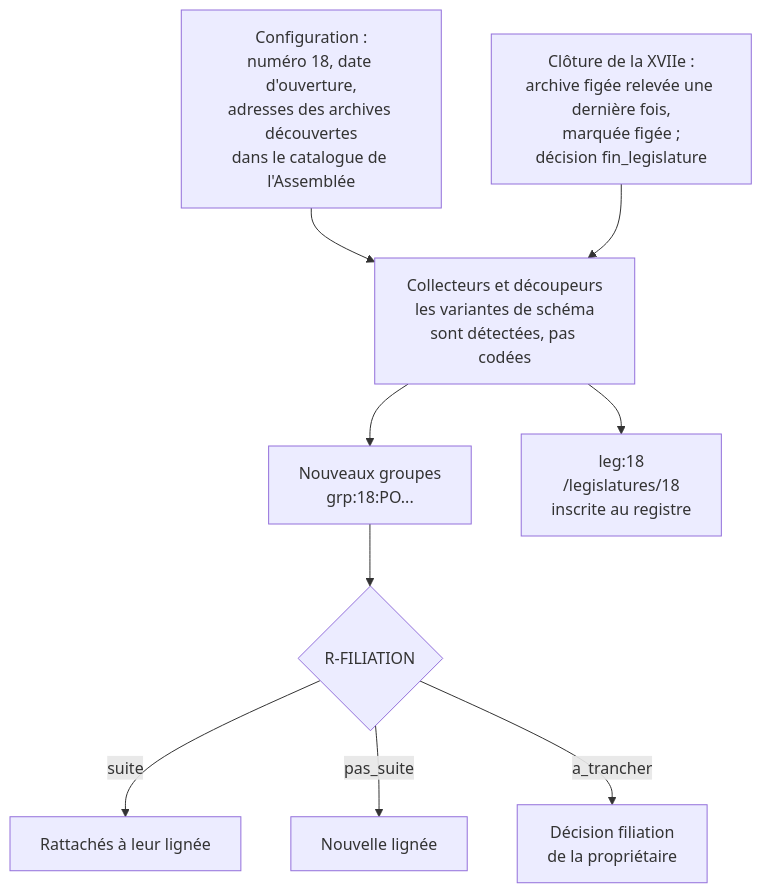
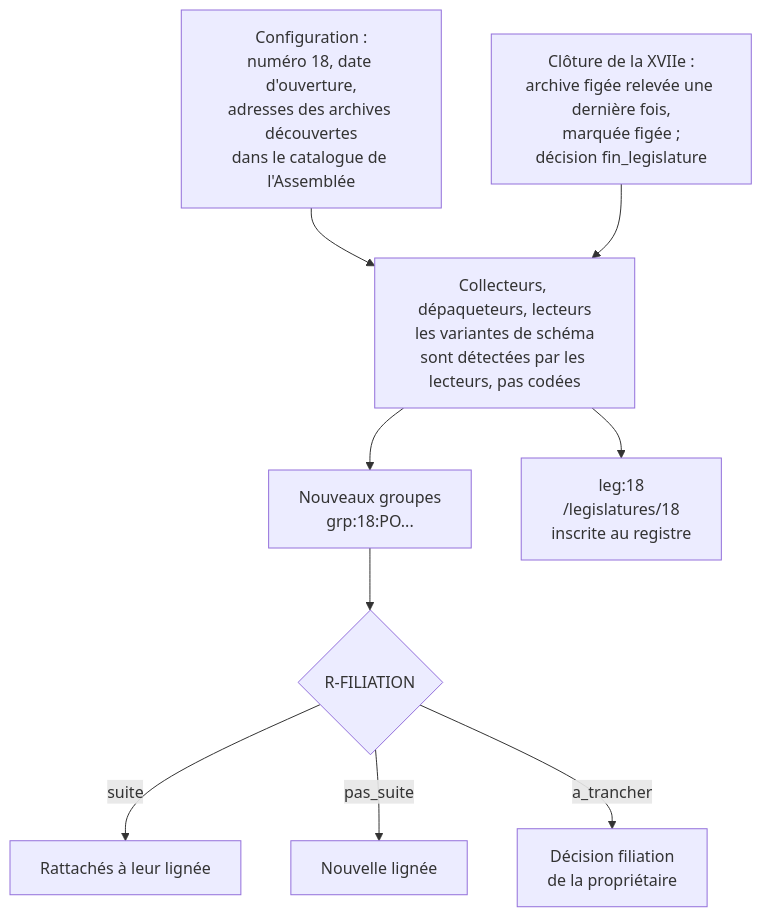
Diagram 19 of 19 in livrables/1-modele-de-donnees.md (stephieED/Empreinte-politique-new-pipeline-test), drawn with Mermaid before and after one commit. The commit also changed other lines of this file and 8 other files, not shown here.

First line of the commit message:
Livrables alignés sur le code : les six écarts des illustrations (#104)

````diff
--- a/livrables/1-modele-de-donnees.md
+++ b/livrables/1-modele-de-donnees.md
@@ -1466,11 +1480,11 @@
 ```mermaid
 flowchart TB
-    CFG["Configuration :<br/>numéro 18, date d'ouverture,<br/>adresses des archives découvertes<br/>dans le catalogue de l'Assemblée"] --> COL["Collecteurs et découpeurs<br/>les variantes de schéma<br/>sont détectées, pas codées"]
+    CFG["Configuration :<br/>numéro 18, date d'ouverture,<br/>adresses des archives découvertes<br/>dans le catalogue de l'Assemblée"] --> COL["Collecteurs, dépaqueteurs, lecteurs<br/>les variantes de schéma<br/>sont détectées par les lecteurs, pas codées"]
     CLO["Clôture de la XVIIe :<br/>archive figée relevée une dernière fois,<br/>marquée figée ;<br/>décision fin_legislature"] --> COL
     COL --> GRP["Nouveaux groupes<br/>grp:18:PO..."]
     GRP --> FIL{"R-FILIATION"}
     FIL -- "suite" --> LIG["Rattachés à leur lignée"]
     FIL -- "pas_suite" --> NEW["Nouvelle lignée"]
     FIL -- "a_trancher" --> DEC["Décision filiation<br/>de la propriétaire"]
     COL --> ADR["leg:18<br/>/legislatures/18<br/>inscrite au registre"]
 ```
````
